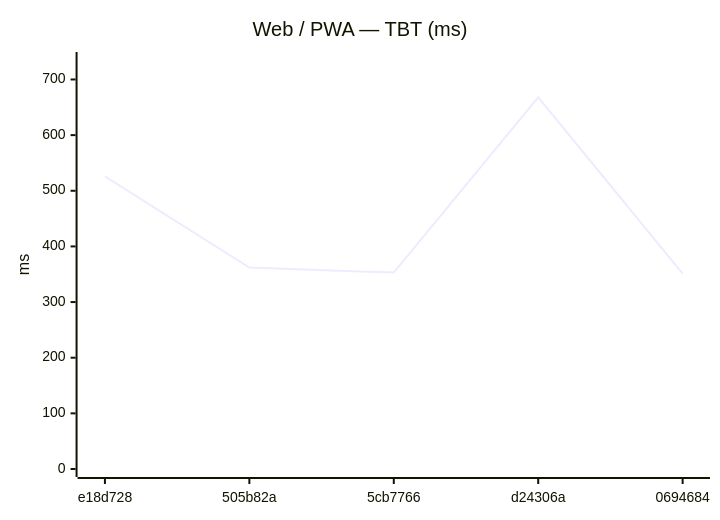
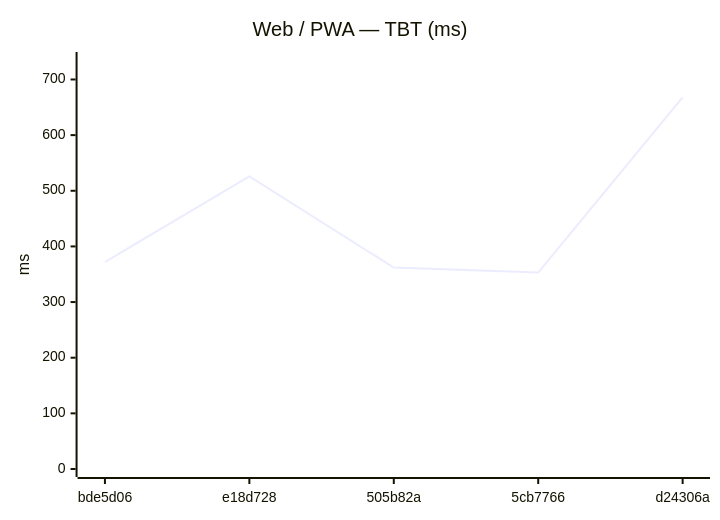
One commit to Metaheurist/Rianell changed the eighth of 18 diagrams in benchmarks/compare.md. Above: the diagram before and after it, drawn with Mermaid. The commit also changed other lines of this file and 11 other files, not shown here.

````diff
--- a/benchmarks/compare.md
+++ b/benchmarks/compare.md
@@ -124,7 +124,7 @@
 ```mermaid
 xychart-beta
     title "Web / PWA — TBT (ms)"
-    x-axis ["e18d728", "505b82a", "5cb7766", "d24306a", "0694684"]
+    x-axis ["bde5d06", "e18d728", "505b82a", "5cb7766", "d24306a"]
     y-axis "ms" 0 --> 735
-    line [526, 362, 353, 668, 351]
+    line [372, 526, 362, 353, 668]
 ```
````
